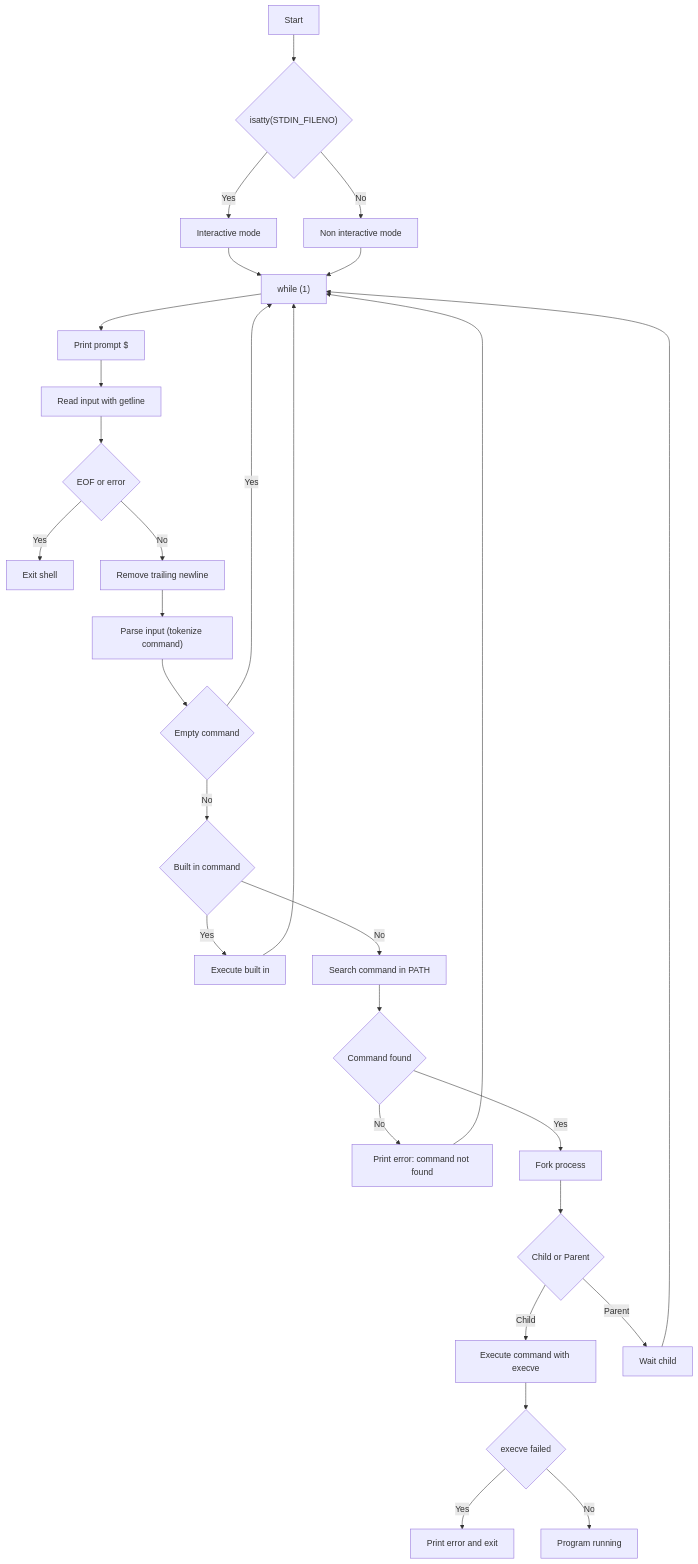
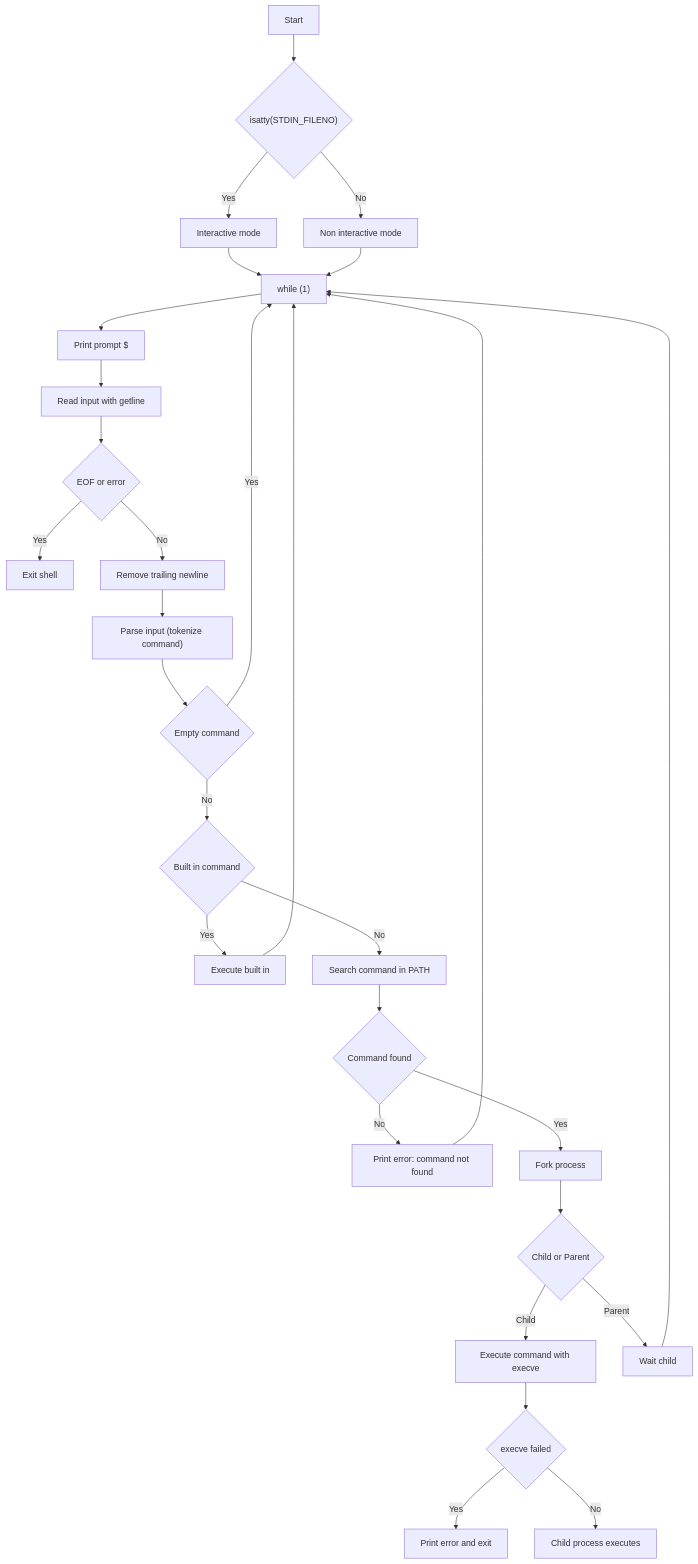
The diagram in README.md (Gigi-Corlay/holbertonschool-simple_shell), drawn with Mermaid before and after one commit. The commit also changed other lines of this file, not shown here.

Commit message:
Update flowchart execution description
Clarify flowchart execution details in README.

````diff
--- a/README.md
+++ b/README.md
@@ -56,43 +56,43 @@
 ```mermaid
 flowchart TD
     A[Start] --> B{"isatty(STDIN_FILENO)"}
 
     B -- Yes --> C[Interactive mode]
     B -- No --> D[Non interactive mode]
 
     C --> E["while (1)"]
     D --> E
 
     E --> F[Print prompt $]
     F --> G[Read input with getline]
 
     G --> H{EOF or error}
     H -- Yes --> I[Exit shell]
     H -- No --> J[Remove trailing newline]
 
     J --> K["Parse input (tokenize command)"]
 
     K --> L{Empty command}
     L -- Yes --> E
 
     L -- No --> M{Built in command}
     M -- Yes --> N[Execute built in]
     N --> E
 
     M -- No --> O[Search command in PATH]
 
     O --> P{Command found}
     P -- No --> Q[Print error: command not found]
     Q --> E
 
     P -- Yes --> R[Fork process]
 
     R --> S{Child or Parent}
     S -- Child --> T[Execute command with execve]
     T --> U{execve failed}
     U -- Yes --> V[Print error and exit]
-    U -- No --> W[Program running]
+    U -- No --> W[Child process executes]
 
     S -- Parent --> X[Wait child]
     X --> E
 ```
````
